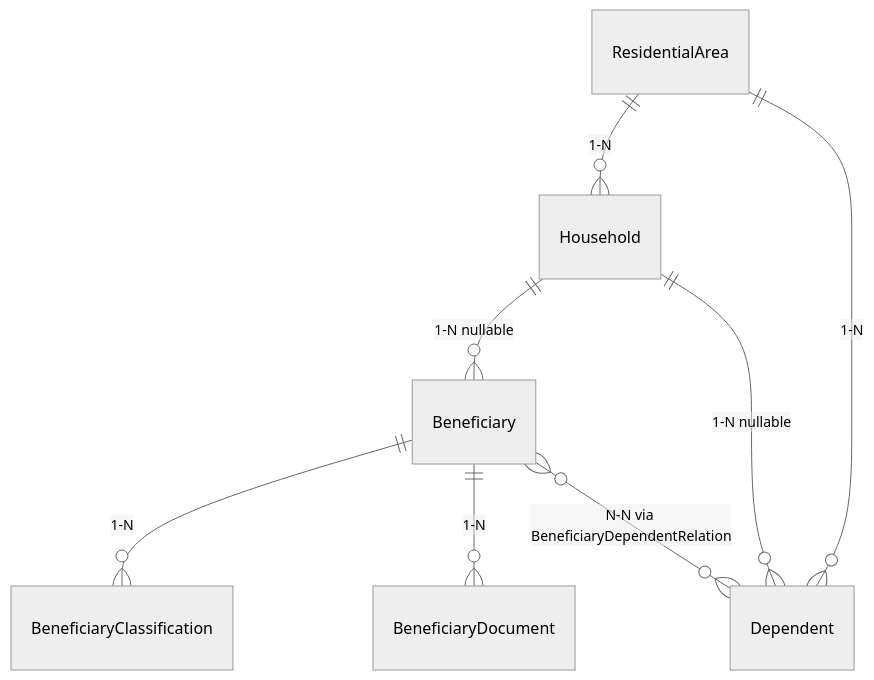
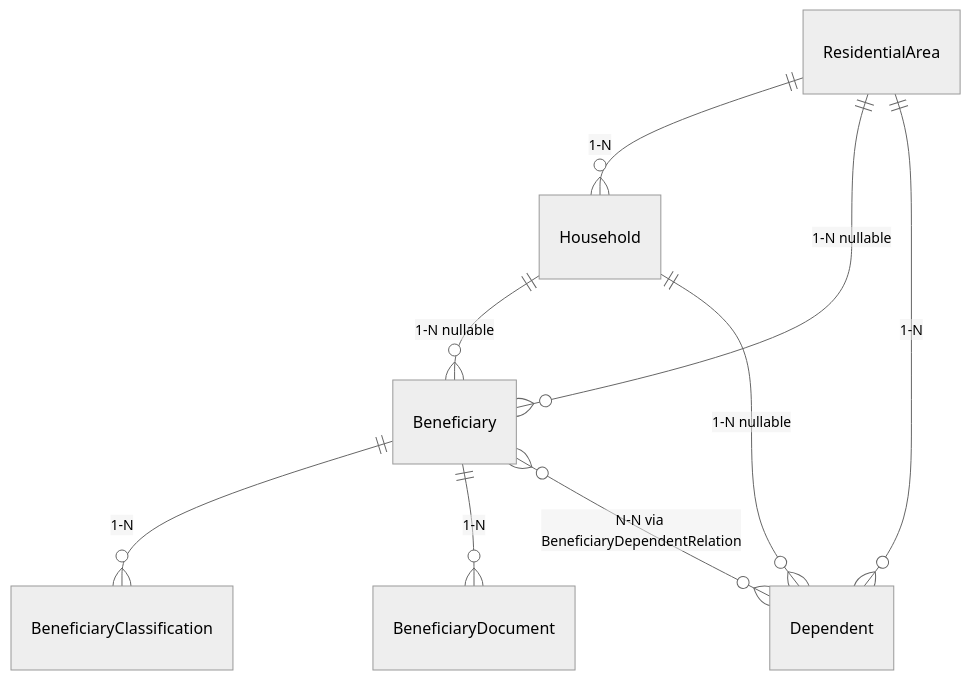
Before and after one commit to hongquant8a/core-be: the diagram in docs/modules/Beneficiary/README.md, drawn with Mermaid (neutral theme). The commit also changed other lines of this file and 31 other files, not shown here.

````diff
--- a/docs/modules/Beneficiary/README.md
+++ b/docs/modules/Beneficiary/README.md
@@ -42,10 +44,11 @@
 ```mermaid
 erDiagram
     ResidentialArea ||--o{ Household : "1-N"
+    ResidentialArea ||--o{ Beneficiary : "1-N nullable"
     ResidentialArea ||--o{ Dependent : "1-N"
     Household ||--o{ Beneficiary : "1-N nullable"
     Household ||--o{ Dependent : "1-N nullable"
     Beneficiary ||--o{ BeneficiaryClassification : "1-N"
     Beneficiary ||--o{ BeneficiaryDocument : "1-N"
     Beneficiary }o--o{ Dependent : "N-N via BeneficiaryDependentRelation"
 ```
````
